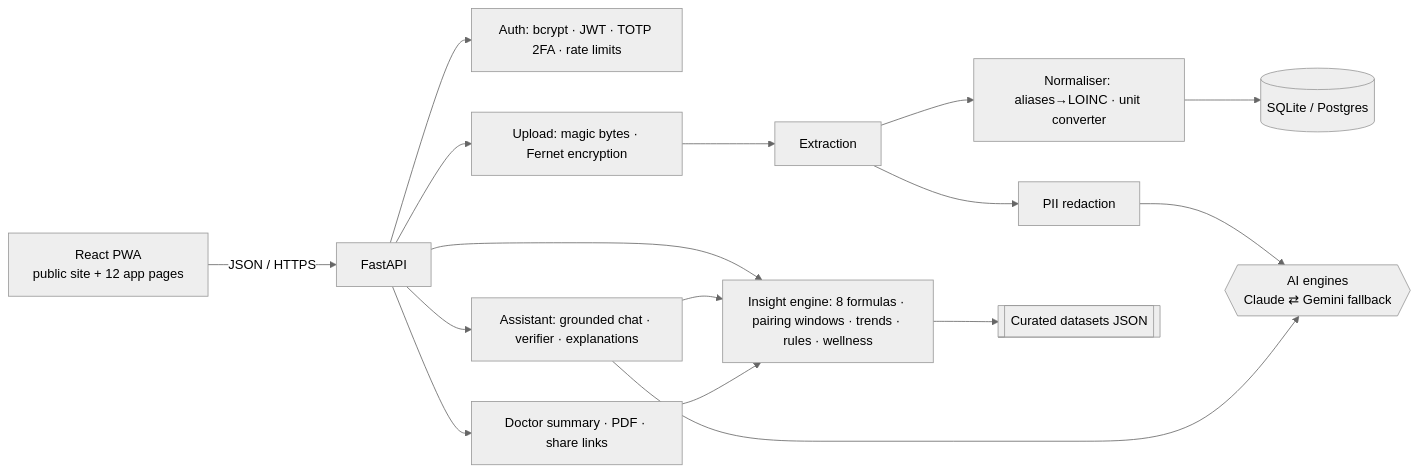
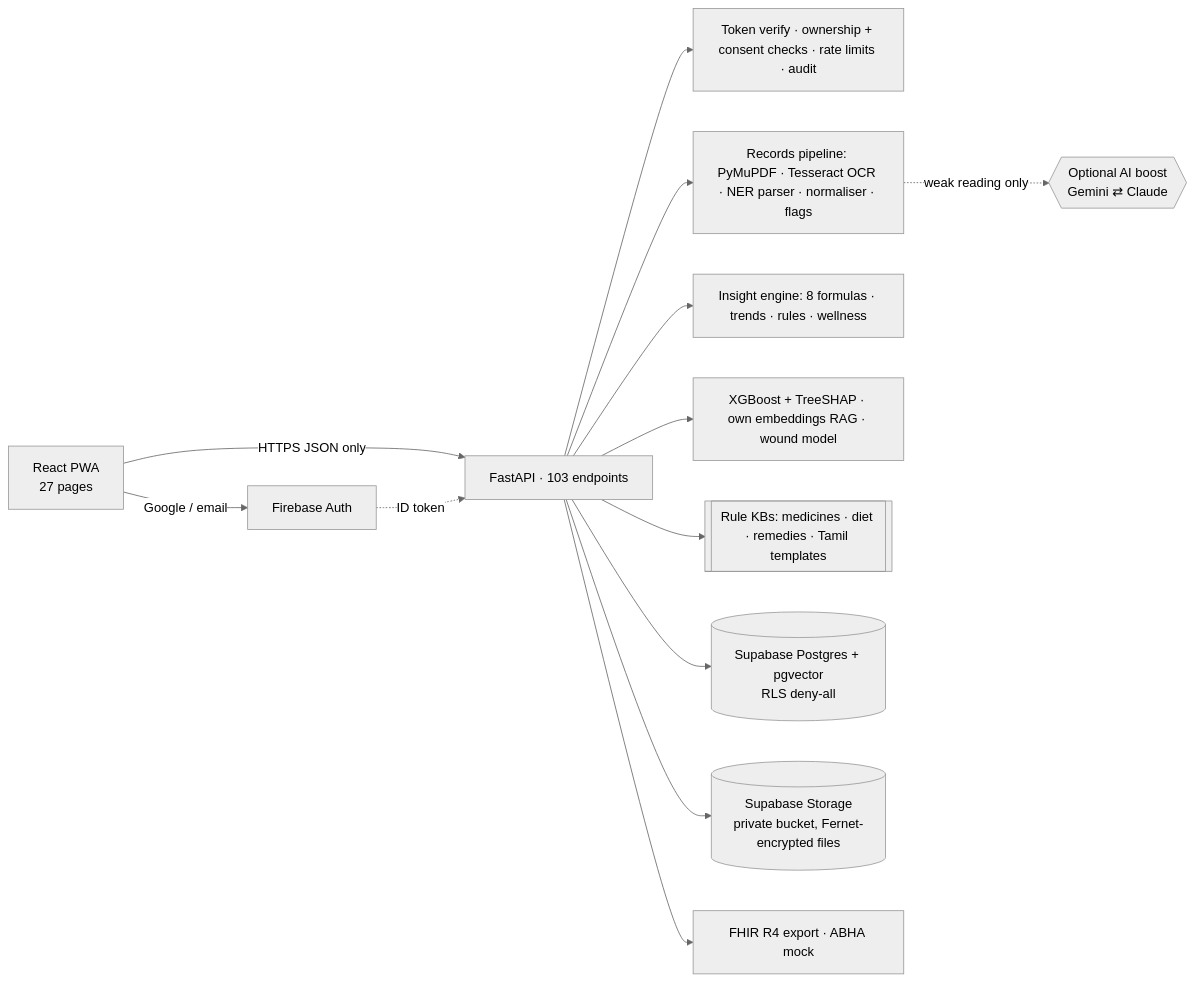
The diagram in README.md (vijayavani27-AI/doc-doctor-on-call), drawn with Mermaid (neutral theme) before and after one commit. The commit also changed other lines of this file and 115 other files, not shown here.

First line of the commit message:
feat: DOC v2 - own models, Firebase sign-in, family consent, FHIR, care tools

````diff
--- a/README.md
+++ b/README.md
@@ -135,15 +126,15 @@
 ```mermaid
 flowchart LR
-  UI[React PWA<br/>public site + 12 app pages] -->|JSON / HTTPS| API[FastAPI]
-  API --> AUTH[Auth: bcrypt · JWT · TOTP 2FA · rate limits]
-  API --> UP[Upload: magic bytes · Fernet encryption]
-  UP --> EXT[Extraction]
-  EXT --> PII[PII redaction] --> AI{{AI engines<br/>Claude ⇄ Gemini fallback}}
-  EXT --> NORM[Normaliser: aliases→LOINC · unit converter]
-  NORM --> DB[(SQLite / Postgres)]
-  API --> ENG[Insight engine: 8 formulas · pairing windows · trends · rules · wellness]
-  ENG --> DATA[[Curated datasets JSON]]
-  API --> ASSIST[Assistant: grounded chat · verifier · explanations] --> AI
-  ASSIST --> ENG
-  API --> SUM[Doctor summary · PDF · share links] --> ENG
+  UI[React PWA<br/>27 pages] -->|HTTPS JSON only| API[FastAPI · 103 endpoints]
+  UI -->|Google / email| FB[Firebase Auth]
+  FB -. ID token .-> API
+  API --> SEC[Token verify · ownership + consent checks · rate limits · audit]
+  API --> PIPE[Records pipeline: PyMuPDF · Tesseract OCR · NER parser · normaliser · flags]
+  PIPE -. weak reading only .-> AI{{Optional AI boost<br/>Gemini ⇄ Claude}}
+  API --> ENG[Insight engine: 8 formulas · trends · rules · wellness]
+  API --> ML[XGBoost + TreeSHAP · own embeddings RAG · wound model]
+  API --> KB[[Rule KBs: medicines · diet · remedies · Tamil templates]]
+  API --> DB[(Supabase Postgres + pgvector<br/>RLS deny-all)]
+  API --> ST[(Supabase Storage<br/>private bucket, Fernet-encrypted files)]
+  API --> FHIR[FHIR R4 export · ABHA mock]
 ```
````
